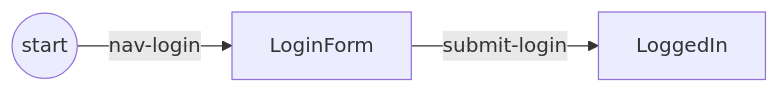
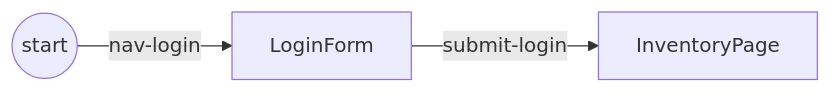
Before and after one commit to deviate-dv8/waygraph: the second of 2 diagrams in docs/quickstart.md, drawn with Mermaid. The commit also changed other lines of this file and 74 other files, not shown here.

Commit message:
saucedemo: the products page's Checkpoint is InventoryPage (was LoggedIn, a state, not a page), like LoginPage, CartPage and CheckoutInfoPage; the quickstart, tests, docs and examples follow

````diff
--- a/docs/quickstart.md
+++ b/docs/quickstart.md
@@ -86,4 +86,4 @@
 ```mermaid
 graph LR
-  S((start)) -->|nav-login| L[LoginForm] -->|submit-login| D[LoggedIn]
+  S((start)) -->|nav-login| L[LoginForm] -->|submit-login| D[InventoryPage]
 ```
````
